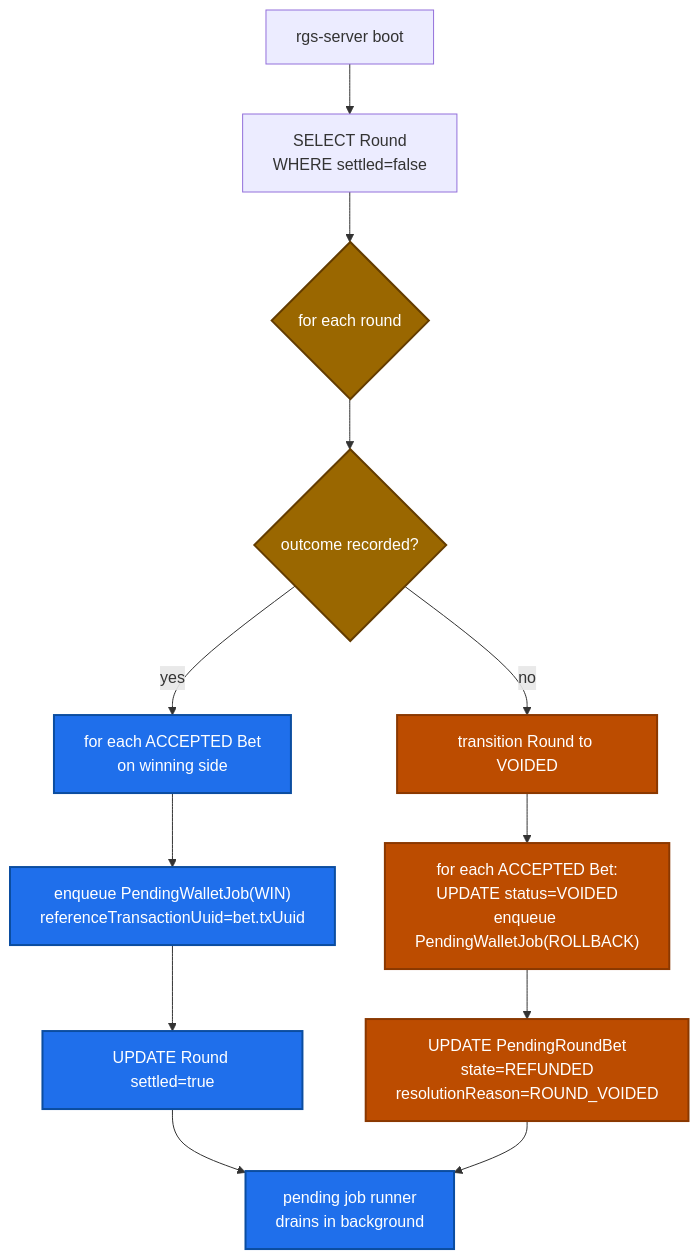
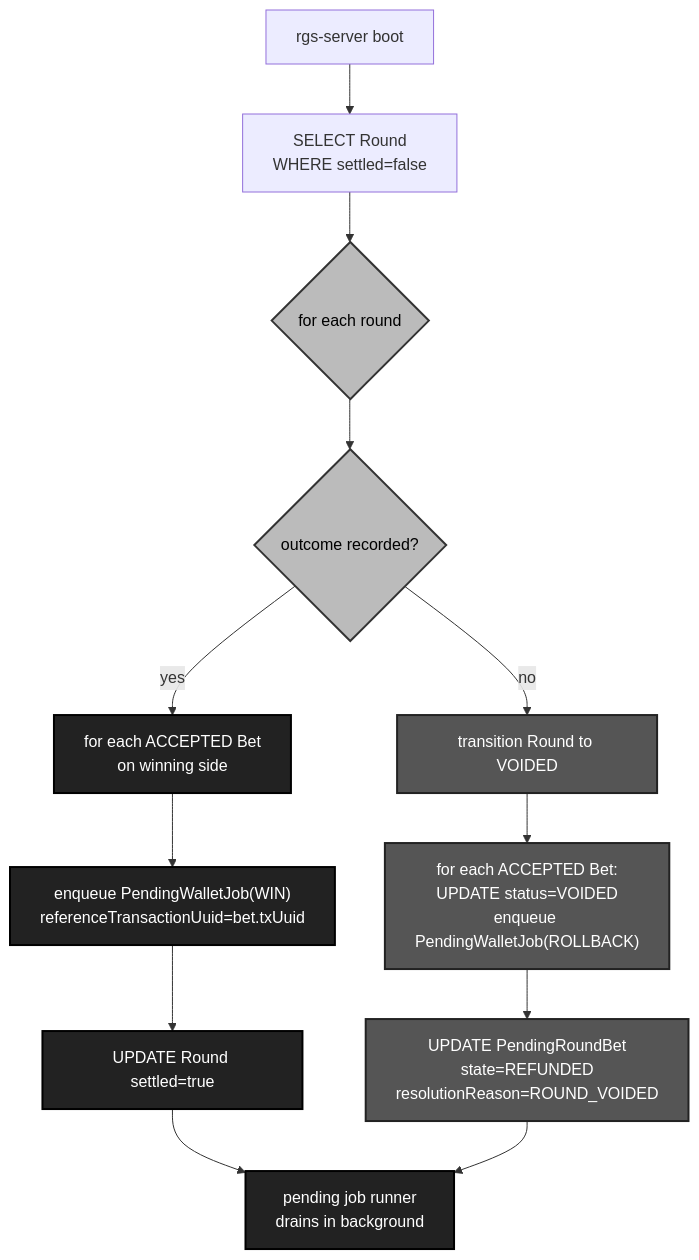
Before and after one commit to dinethlive/yantra-gaming: the sixth of 9 diagrams in docs/architecture.md, drawn with Mermaid. The commit also changed other lines of this file and 2 other files, not shown here.

First line of the commit message:
docs: convert roadmap diagrams to mermaid and unify B/W palette

````diff
--- a/docs/architecture.md
+++ b/docs/architecture.md
@@ -222,21 +224,21 @@
 ```mermaid
 flowchart TD
     start["rgs-server boot"] --> scan["SELECT Round<br/>WHERE settled=false"]
     scan --> iter{"for each round"}
     iter --> outcome{"outcome recorded?"}
     outcome -- "yes" --> winners["for each ACCEPTED Bet<br/>on winning side"]
     winners --> enqueuewin["enqueue PendingWalletJob(WIN)<br/>referenceTransactionUuid=bet.txUuid"]
     enqueuewin --> markR["UPDATE Round settled=true"]
     outcome -- "no" --> void["transition Round to VOIDED"]
     void --> rollbet["for each ACCEPTED Bet:<br/>UPDATE status=VOIDED<br/>enqueue PendingWalletJob(ROLLBACK)"]
     rollbet --> markV["UPDATE PendingRoundBet<br/>state=REFUNDED<br/>resolutionReason=ROUND_VOIDED"]
     markR --> done["pending job runner<br/>drains in background"]
     markV --> done
 
-    classDef decide fill:#9a6700,stroke:#633c01,stroke-width:2px,color:#fff;
-    classDef act fill:#1f6feb,stroke:#0b4da0,stroke-width:2px,color:#fff;
-    classDef warn fill:#bc4c00,stroke:#8a3800,stroke-width:2px,color:#fff;
-    class iter,outcome decide;
-    class winners,enqueuewin,markR,done act;
-    class void,rollbet,markV warn;
+    classDef primary fill:#222,stroke:#000,color:#fff,stroke-width:2px;
+    classDef secondary fill:#555,stroke:#222,color:#fff,stroke-width:2px;
+    classDef store fill:#bbb,stroke:#333,color:#000,stroke-width:2px;
+    class iter,outcome store;
+    class winners,enqueuewin,markR,done primary;
+    class void,rollbet,markV secondary;
 ```
````
